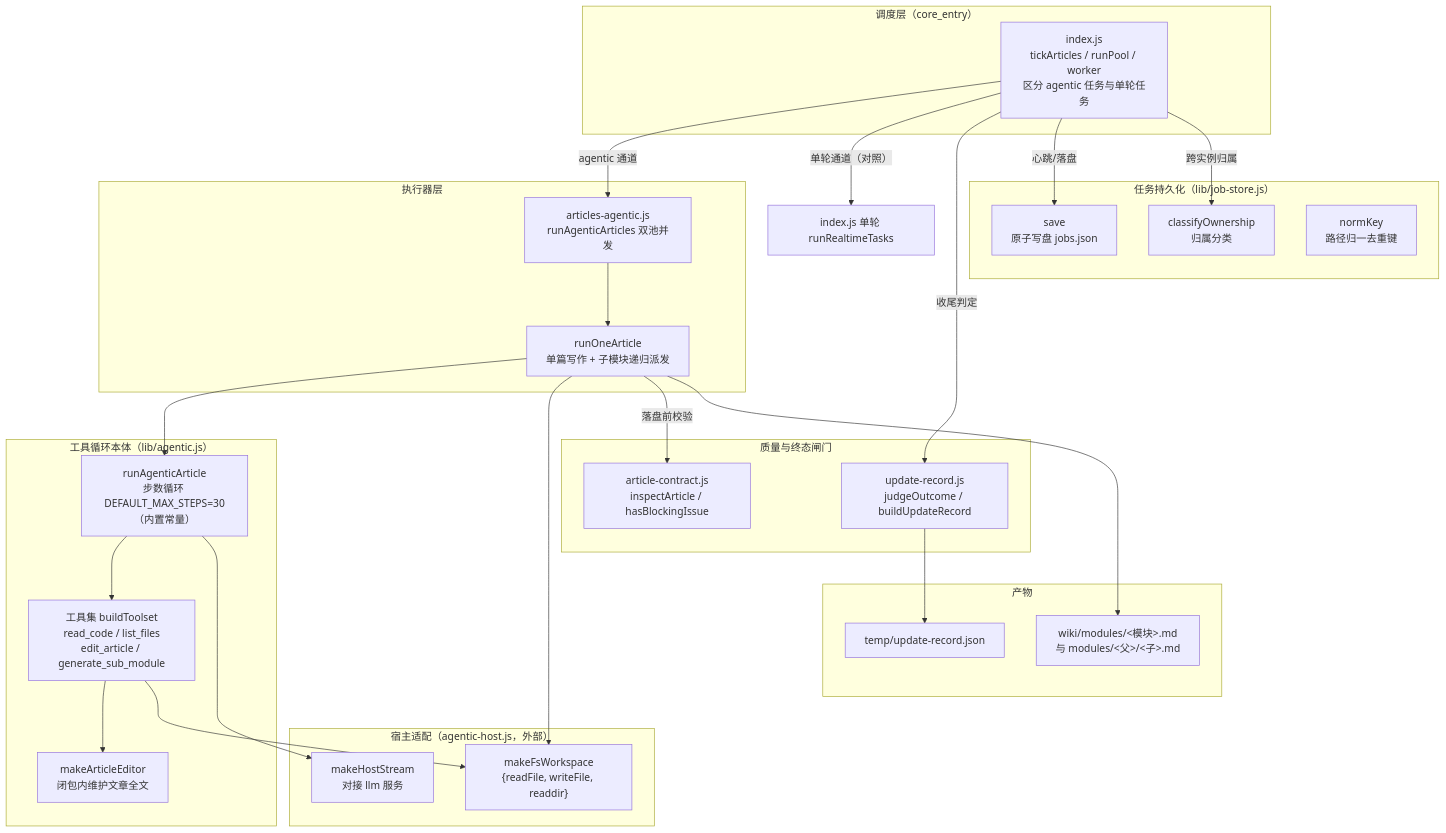
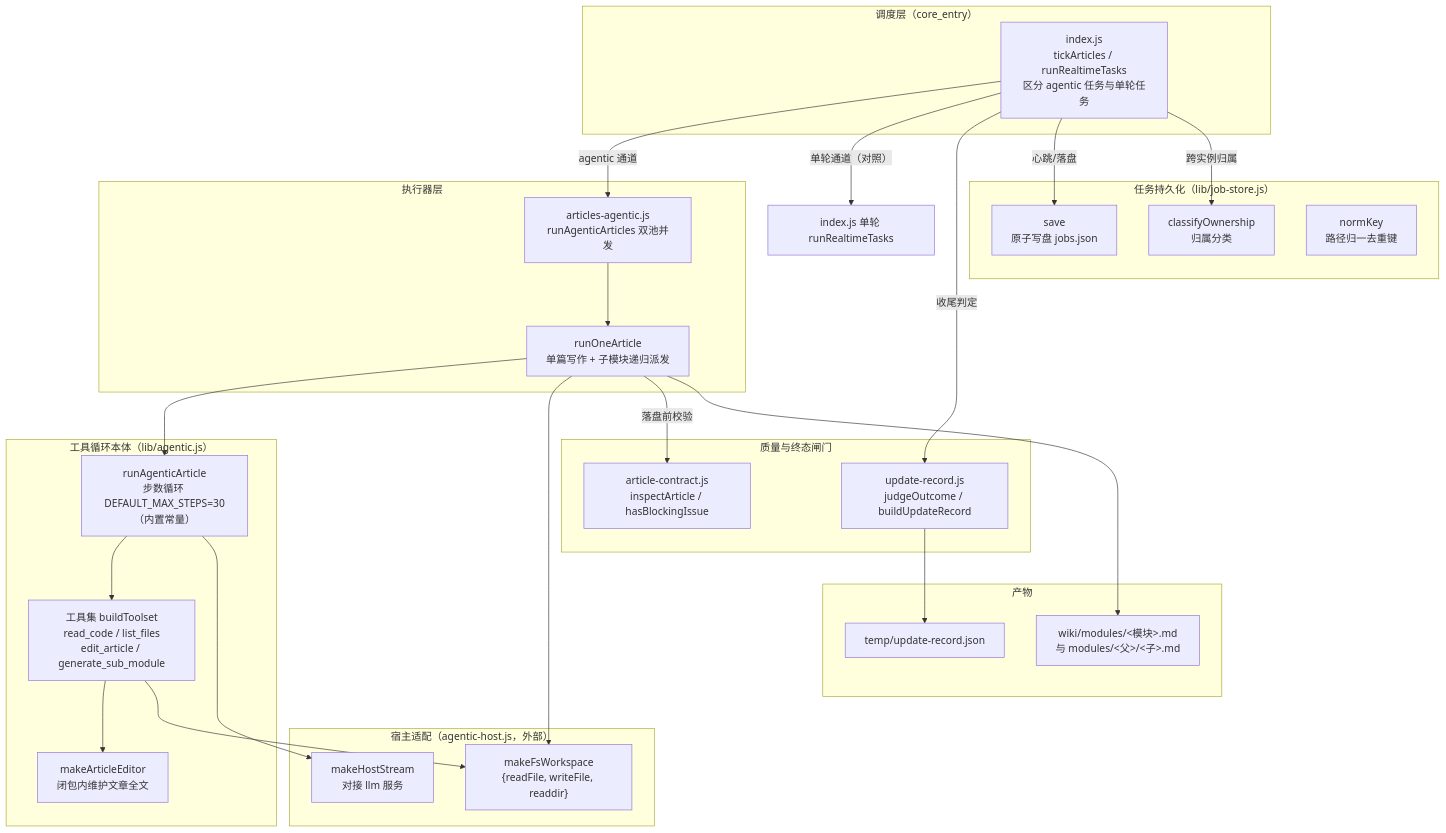
Before and after one commit to ikliml666/dsh-codewiki: the first of 2 diagrams in .codewiki/_native-state/docs/agentic_support.md, drawn with Mermaid. The commit also changed other lines of this file and 19 other files, not shown here.

````diff
--- a/.codewiki/_native-state/docs/agentic_support.md
+++ b/.codewiki/_native-state/docs/agentic_support.md
@@ -22,55 +22,55 @@
 ```mermaid
 flowchart TD
     subgraph 调度层["调度层（core_entry）"]
-        INDEX["index.js<br/>tickArticles / runPool / worker<br/>区分 agentic 任务与单轮任务"]
+        INDEX["index.js<br/>tickArticles / runRealtimeTasks<br/>区分 agentic 任务与单轮任务"]
     end
 
     subgraph 执行器["执行器层"]
         RA["articles-agentic.js<br/>runAgenticArticles 双池并发"]
         RO["runOneArticle<br/>单篇写作 + 子模块递归派发"]
     end
 
     subgraph 循环["工具循环本体（lib/agentic.js）"]
         LOOP["runAgenticArticle<br/>步数循环 DEFAULT_MAX_STEPS=30（内置常量）"]
         TOOLS["工具集 buildToolset<br/>read_code / list_files<br/>edit_article / generate_sub_module"]
         EDIT["makeArticleEditor<br/>闭包内维护文章全文"]
     end
 
     subgraph 宿主["宿主适配（agentic-host.js，外部）"]
         STREAM["makeHostStream<br/>对接 llm 服务"]
         WS["makeFsWorkspace<br/>{readFile, writeFile, readdir}"]
     end
 
     subgraph 闸门["质量与终态闸门"]
         AC["article-contract.js<br/>inspectArticle / hasBlockingIssue"]
         UR["update-record.js<br/>judgeOutcome / buildUpdateRecord"]
     end
 
     subgraph 持久化["任务持久化（lib/job-store.js）"]
         JS["save<br/>原子写盘 jobs.json"]
         OWN["classifyOwnership<br/>归属分类"]
         KEY["normKey<br/>路径归一去重键"]
     end
 
 
     subgraph 产物["产物"]
         ART["wiki/modules/<模块>.md<br/>与 modules/<父>/<子>.md"]
         REC["temp/update-record.json"]
     end
 
     INDEX -->|"agentic 通道"| RA
     INDEX -->|"单轮通道（对照）"| SINGLE["index.js 单轮 runRealtimeTasks"]
     RA --> RO
     RO --> LOOP
     RO --> WS
     LOOP --> TOOLS
     TOOLS --> EDIT
     TOOLS --> WS
     LOOP --> STREAM
     RO -->|"落盘前校验"| AC
     INDEX -->|"收尾判定"| UR
     INDEX -->|"心跳/落盘"| JS
     INDEX -->|"跨实例归属"| OWN
     RO --> ART
     UR --> REC
 ```
````
